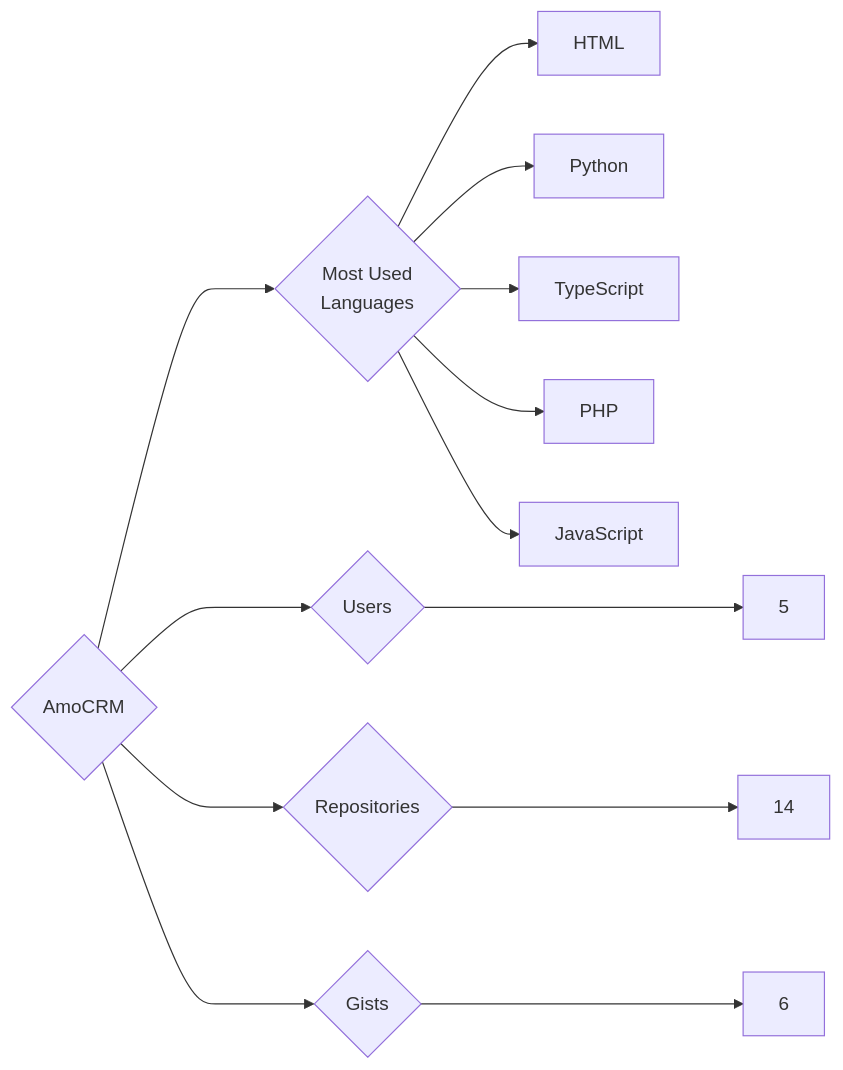
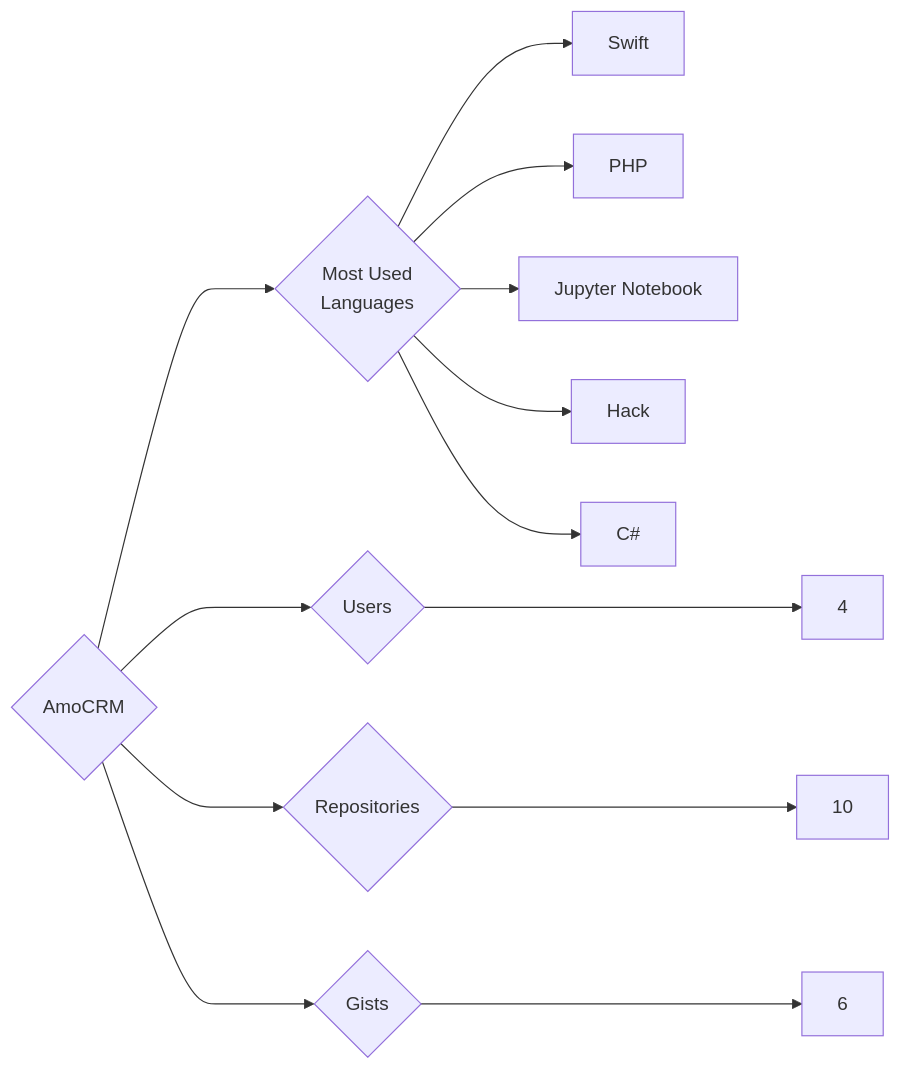
Before and after one commit to trickest/insiders: the diagram in targets/AmoCRM/README.md, drawn with Mermaid. The commit also changed 1212 other files, not shown here.

````diff
--- a/targets/AmoCRM/README.md
+++ b/targets/AmoCRM/README.md
@@ -3,13 +3,13 @@
 ```mermaid
 graph LR
 COMPANY_NAME{AmoCRM}
-COMPANY_NAME ---> U{Users} ---> UN[5]
-COMPANY_NAME ---> R{Repositories} ---> RN[14]
+COMPANY_NAME ---> U{Users} ---> UN[4]
+COMPANY_NAME ---> R{Repositories} ---> RN[10]
 COMPANY_NAME ---> G{Gists} ---> GN[6]
 COMPANY_NAME ---> ML{Most Used<br>Languages}
-ML --> HTML[HTML]
-ML --> Python[Python]
-ML --> TypeScript[TypeScript]
+ML --> Swift[Swift]
 ML --> PHP[PHP]
-ML --> JavaScript[JavaScript]
+ML --> Jupyter_Notebook[Jupyter Notebook]
+ML --> Hack[Hack]
+ML --> C#[C#]
 ```
````
